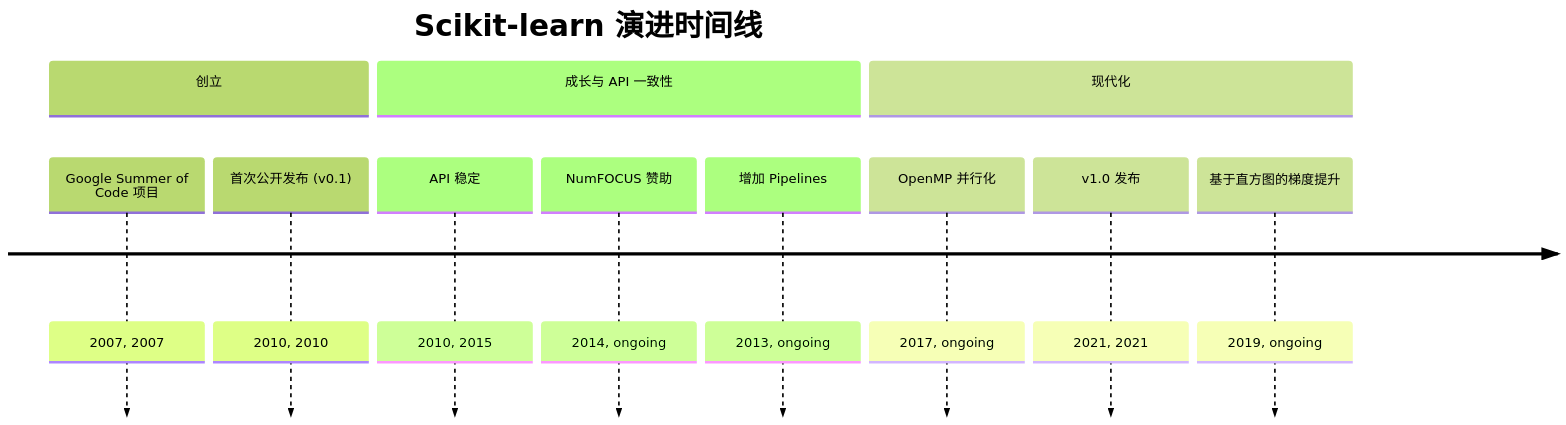
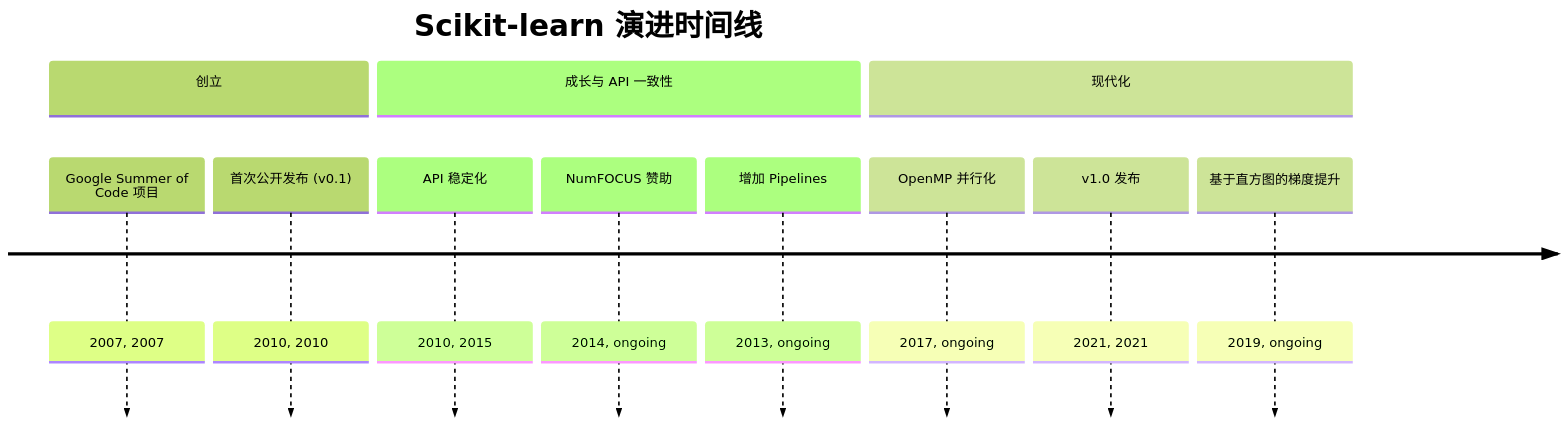
Before and after one commit to tt33415366/python_data_process_lib_intro: the first of 3 diagrams in docs/ml/zh/scikit-learn_evolution_document.zh.md, drawn with Mermaid (forest theme). The commit also changed other lines of this file and 21 other files, not shown here.

First line of the commit message:
feat(docs): add 'Typical use cases' sections and fix Mermaid mindmaps

````diff
--- a/docs/ml/zh/scikit-learn_evolution_document.zh.md
+++ b/docs/ml/zh/scikit-learn_evolution_document.zh.md
@@ -11,19 +11,19 @@
 ```mermaid
 timeline
     dateFormat  YYYY
     title Scikit-learn 演进时间线
 
     section 创立
     Google Summer of Code 项目 : 2007, 2007
     首次公开发布 (v0.1) : 2010, 2010
 
     section 成长与 API 一致性
-    API 稳定 : 2010, 2015
+    API 稳定化 : 2010, 2015
     NumFOCUS 赞助 : 2014, ongoing
     增加 Pipelines : 2013, ongoing
 
     section 现代化
     OpenMP 并行化 : 2017, ongoing
     v1.0 发布 : 2021, 2021
     基于直方图的梯度提升 : 2019, ongoing
 ```
````
